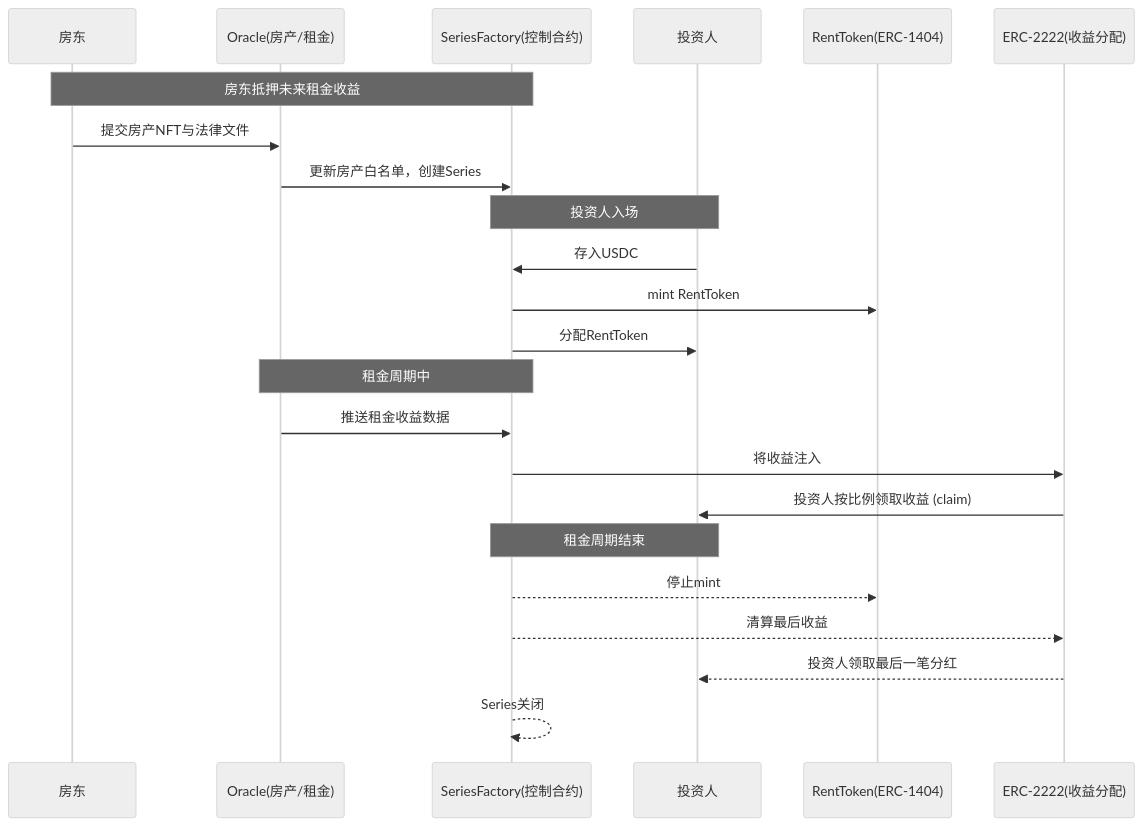
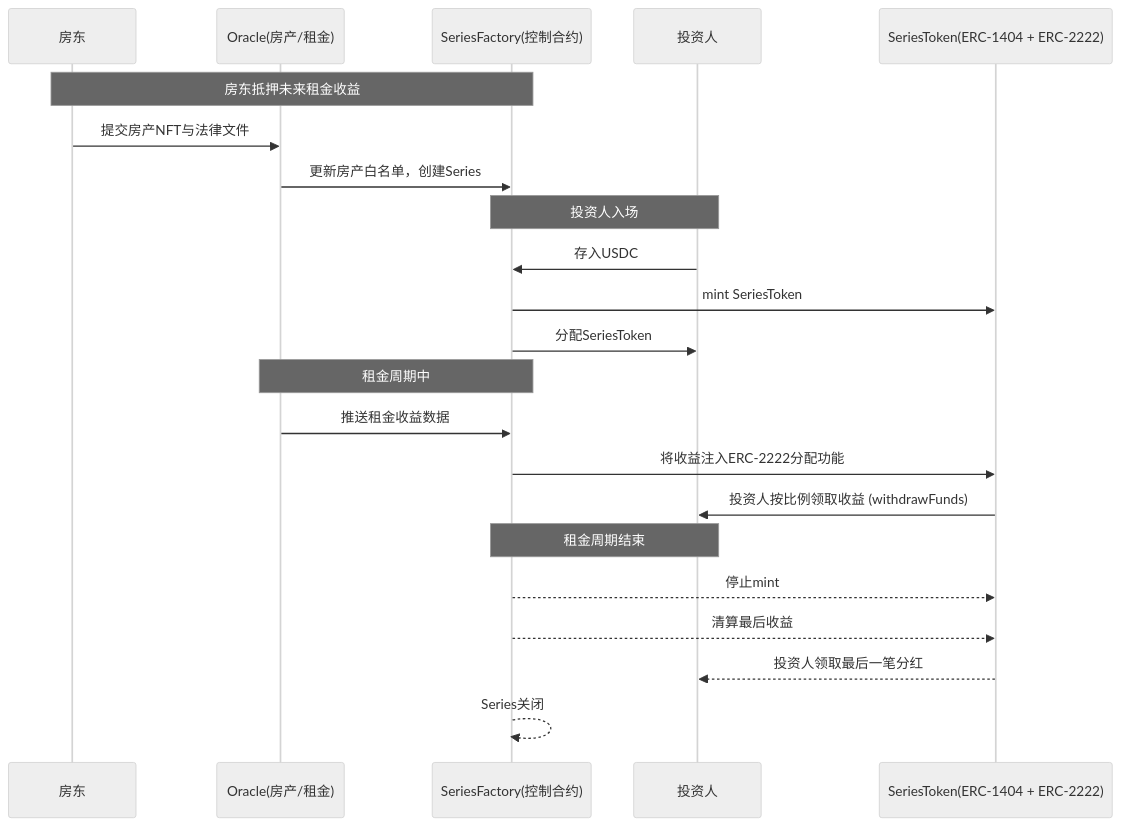
Before and after one commit to rentoken-world/rentoken-contracts: the diagram in rentoken_whitepaper.md, drawn with Mermaid (neutral theme).

Commit message:
doc:whitepaper:merge-1404-2222-into-one

````diff
--- a/rentoken_whitepaper.md
+++ b/rentoken_whitepaper.md
@@ -208,30 +208,29 @@
 ```mermaid
 
 sequenceDiagram
     participant Landlord as 房东
     participant Oracle as Oracle(房产/租金)
     participant SeriesFactory as SeriesFactory(控制合约)
     participant Investor as 投资人
-    participant RentToken as RentToken(ERC-1404)
-    participant Distribution as ERC-2222(收益分配)
+    participant SeriesToken as SeriesToken(ERC-1404 + ERC-2222)
 
     Note over Landlord,SeriesFactory: 房东抵押未来租金收益
     Landlord->>Oracle: 提交房产NFT与法律文件
     Oracle->>SeriesFactory: 更新房产白名单，创建Series
 
     Note over Investor,SeriesFactory: 投资人入场
     Investor->>SeriesFactory: 存入USDC
-    SeriesFactory->>RentToken: mint RentToken
-    SeriesFactory->>Investor: 分配RentToken
+    SeriesFactory->>SeriesToken: mint SeriesToken
+    SeriesFactory->>Investor: 分配SeriesToken
 
     Note over Oracle,SeriesFactory: 租金周期中
     Oracle->>SeriesFactory: 推送租金收益数据
-    SeriesFactory->>Distribution: 将收益注入
-    Distribution->>Investor: 投资人按比例领取收益 (claim)
+    SeriesFactory->>SeriesToken: 将收益注入ERC-2222分配功能
+    SeriesToken->>Investor: 投资人按比例领取收益 (withdrawFunds)
 
     Note over SeriesFactory,Investor: 租金周期结束
-    SeriesFactory-->>RentToken: 停止mint
-    SeriesFactory-->>Distribution: 清算最后收益
-    Distribution-->>Investor: 投资人领取最后一笔分红
+    SeriesFactory-->>SeriesToken: 停止mint
+    SeriesFactory-->>SeriesToken: 清算最后收益
+    SeriesToken-->>Investor: 投资人领取最后一笔分红
     SeriesFactory-->>SeriesFactory: Series关闭
 ```
````
